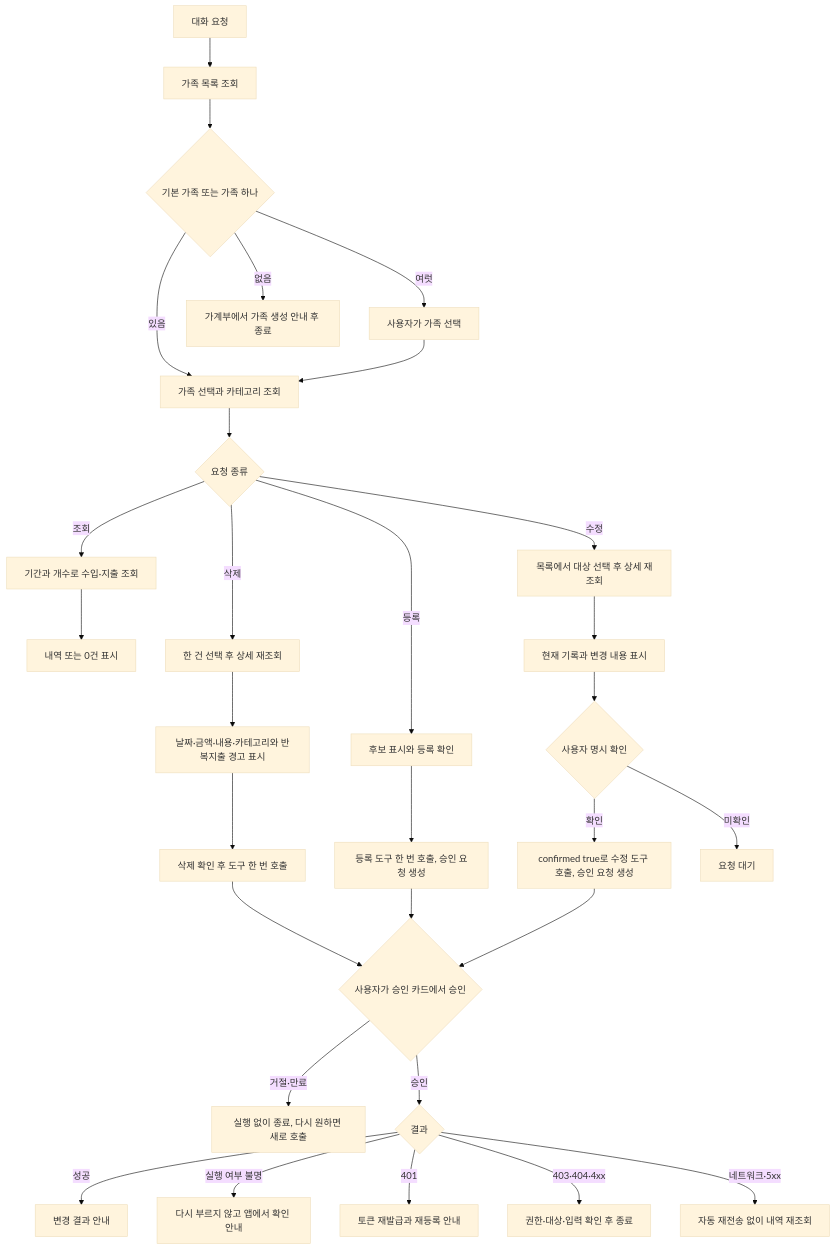
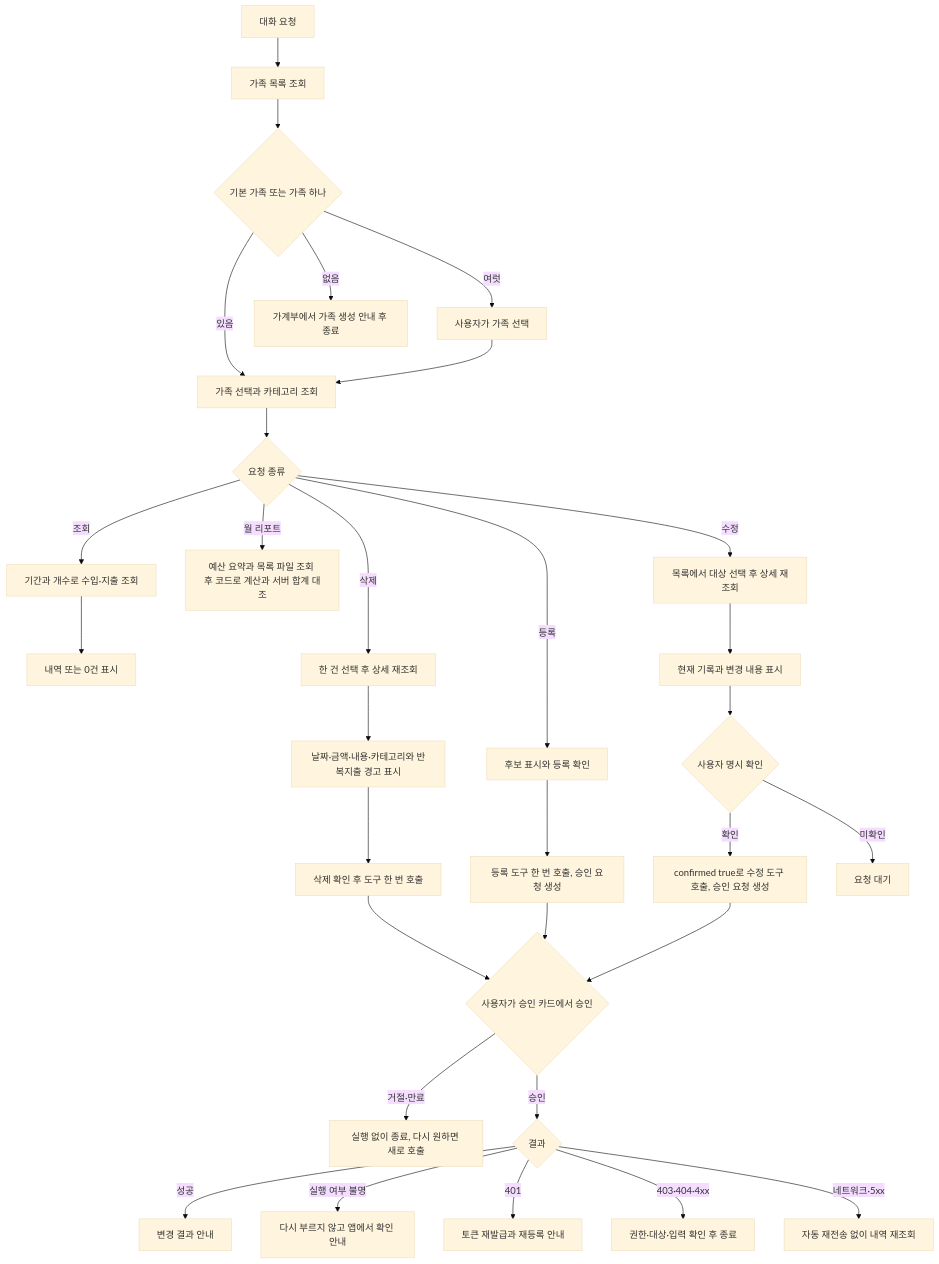
The second of 2 diagrams in accountbook/docs/flow.md (jon890/fos-agents), drawn with Mermaid (base theme) before and after one commit. The commit also changed other lines of this file and 1 other file, not shown here.

Commit message:
docs(accountbook): 코드 구조 문서의 도구 책임을 데이터 계약으로 넘기고 흐름도에 월 리포트 가지를 더한다

````diff
--- a/accountbook/docs/flow.md
+++ b/accountbook/docs/flow.md
@@ -83,32 +83,33 @@
 ```mermaid
 flowchart TD
   A[대화 요청] --> B[가족 목록 조회]
   B --> C{기본 가족 또는 가족 하나}
   C -->|있음| D[가족 선택과 카테고리 조회]
   C -->|여럿| E[사용자가 가족 선택]
   E --> D
   C -->|없음| F[가계부에서 가족 생성 안내 후 종료]
   D --> G{요청 종류}
   G -->|조회| H[기간과 개수로 수입·지출 조회]
+  G -->|월 리포트| MR[예산 요약과 목록 파일 조회 후 코드로 계산과 서버 합계 대조]
   H --> I[내역 또는 0건 표시]
   G -->|등록| J[후보 표시와 등록 확인]
   J --> K[등록 도구 한 번 호출, 승인 요청 생성]
   G -->|삭제| X[한 건 선택 후 상세 재조회]
   X --> X1[날짜·금액·내용·카테고리와 반복지출 경고 표시]
   X1 --> X2[삭제 확인 후 도구 한 번 호출]
   X2 --> Y
   G -->|수정| L[목록에서 대상 선택 후 상세 재조회]
   L --> M[현재 기록과 변경 내용 표시]
   M --> N{사용자 명시 확인}
   N -->|확인| O[confirmed true로 수정 도구 호출, 승인 요청 생성]
   N -->|미확인| P[요청 대기]
   K --> Y{사용자가 승인 카드에서 승인}
   O --> Y
   Y -->|거절·만료| Z[실행 없이 종료, 다시 원하면 새로 호출]
   Y -->|승인| Q{결과}
   Q -->|성공| R[변경 결과 안내]
   Q -->|실행 여부 불명| V2[다시 부르지 않고 앱에서 확인 안내]
   Q -->|401| S[토큰 재발급과 재등록 안내]
   Q -->|403·404·4xx| T[권한·대상·입력 확인 후 종료]
   Q -->|네트워크·5xx| U[자동 재전송 없이 내역 재조회]
 ```
````
